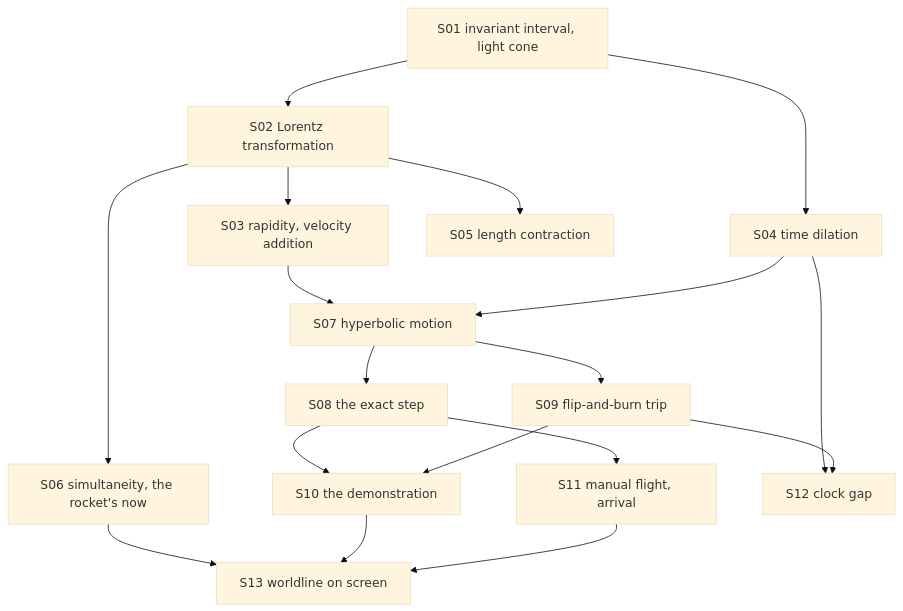
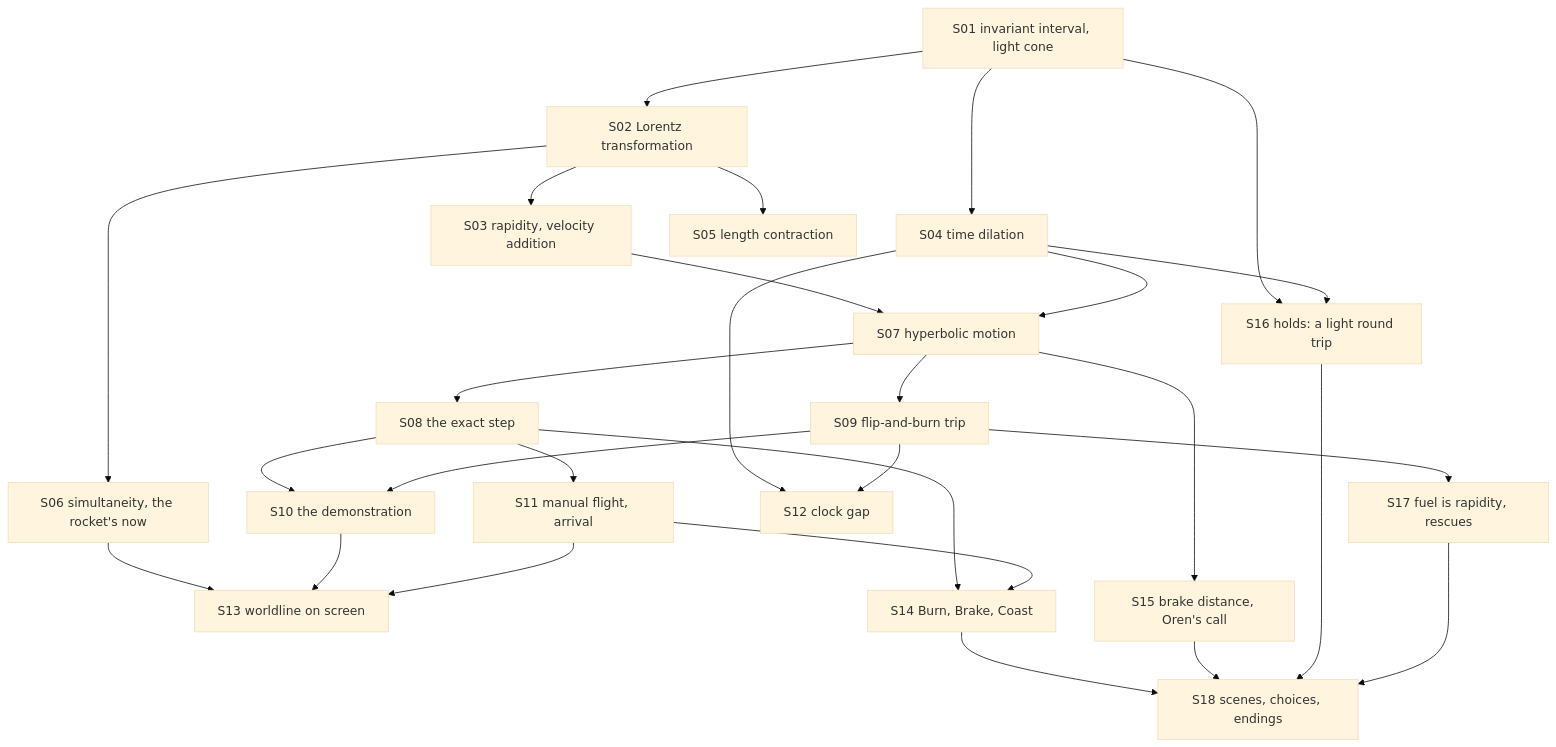
One commit to TM-59/relativity-rider changed the diagram in docs/theory/README.md. Above: the diagram before and after it, drawn with Mermaid (base theme). The commit also changed other lines of this file and 37 other files, not shown here.

````diff
--- a/docs/theory/README.md
+++ b/docs/theory/README.md
@@ -17,20 +18,30 @@
 ```mermaid
 flowchart TD
     S01["S01 invariant interval, light cone"] --> S02["S02 Lorentz transformation"]
     S02 --> S03["S03 rapidity, velocity addition"]
     S01 --> S04["S04 time dilation"]
     S02 --> S05["S05 length contraction"]
     S02 --> S06["S06 simultaneity, the rocket's now"]
     S03 --> S07["S07 hyperbolic motion"]
     S04 --> S07
     S07 --> S08["S08 the exact step"]
     S07 --> S09["S09 flip-and-burn trip"]
     S08 --> S10["S10 the demonstration"]
     S09 --> S10
     S08 --> S11["S11 manual flight, arrival"]
     S04 --> S12["S12 clock gap"]
     S09 --> S12
     S06 --> S13["S13 worldline on screen"]
     S10 --> S13
     S11 --> S13
+    S08 --> S14["S14 Burn, Brake, Coast"]
+    S11 --> S14
+    S07 --> S15["S15 brake distance, Oren's call"]
+    S01 --> S16["S16 holds: a light round trip"]
+    S04 --> S16
+    S09 --> S17["S17 fuel is rapidity, rescues"]
+    S14 --> S18["S18 scenes, choices, endings"]
+    S15 --> S18
+    S16 --> S18
+    S17 --> S18
 ```
````
